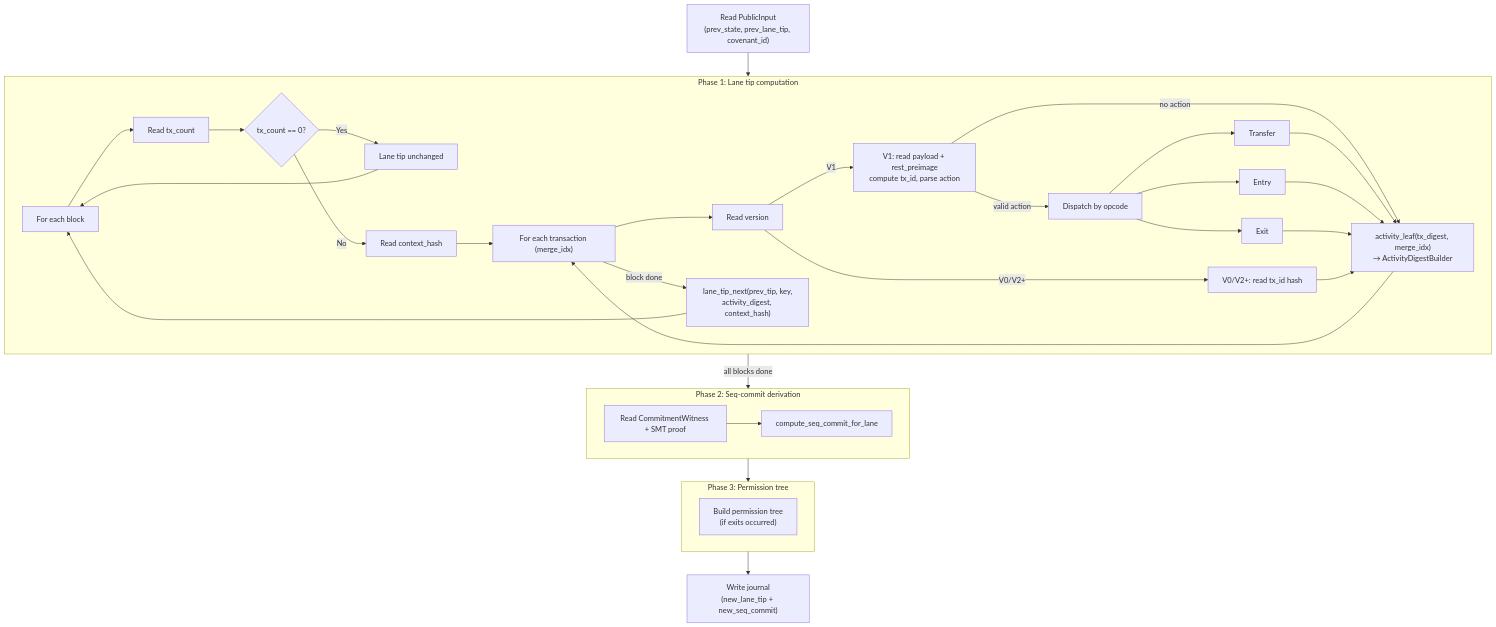
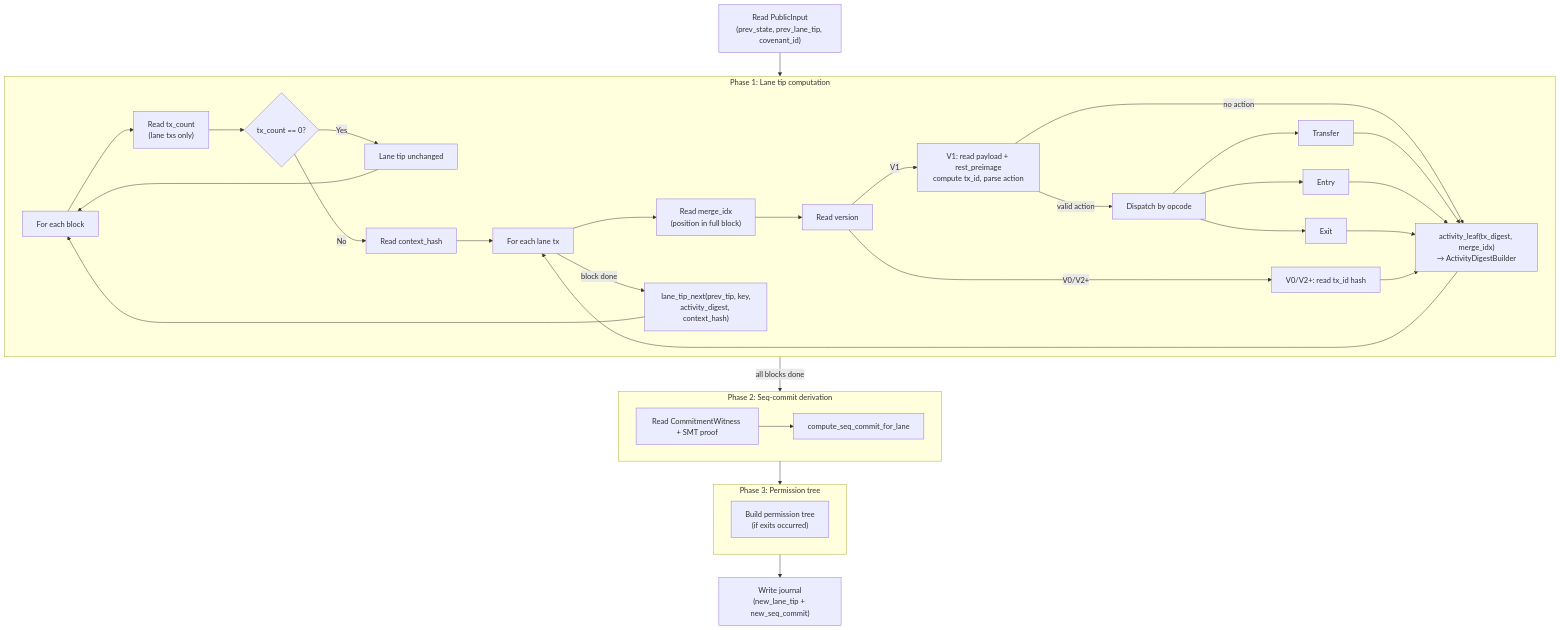
The diagram in examples/zk-covenant-rollup/book/src/ch05-guest-proof-pipeline.md (biryukovmaxim/rusty-kaspa), drawn with Mermaid before and after one commit. The commit also changed other lines of this file and 7 other files, not shown here.

First line of the commit message:
examples: lane-aware merge_idx in rollup proof

````diff
--- a/examples/zk-covenant-rollup/book/src/ch05-guest-proof-pipeline.md
+++ b/examples/zk-covenant-rollup/book/src/ch05-guest-proof-pipeline.md
@@ -13,55 +13,56 @@
 ```mermaid
 flowchart TD
     INPUT["Read PublicInput<br/>(prev_state, prev_lane_tip, covenant_id)"]
 
     subgraph P1["Phase 1: Lane tip computation"]
         BLOCKS["For each block"]
-        TXCOUNT["Read tx_count"]
+        TXCOUNT["Read tx_count<br/>(lane txs only)"]
         EMPTY{"tx_count == 0?"}
         SKIP["Lane tip unchanged"]
         CTX["Read context_hash"]
-        TXS["For each transaction (merge_idx)"]
+        TXS["For each lane tx"]
+        MIDX["Read merge_idx<br/>(position in full block)"]
         CLASSIFY["Read version"]
         V0["V0/V2+: read tx_id hash"]
         V1["V1: read payload + rest_preimage<br/>compute tx_id, parse action"]
         DISPATCH["Dispatch by opcode"]
         TRANSFER["Transfer"]
         ENTRY["Entry"]
         EXIT["Exit"]
         DIGEST["activity_leaf(tx_digest, merge_idx)<br/>→ ActivityDigestBuilder"]
         TIP["lane_tip_next(prev_tip, key,<br/>activity_digest, context_hash)"]
 
         BLOCKS --> TXCOUNT --> EMPTY
         EMPTY -->|Yes| SKIP --> BLOCKS
         EMPTY -->|No| CTX --> TXS
-        TXS --> CLASSIFY
+        TXS --> MIDX --> CLASSIFY
         CLASSIFY -->|V0/V2+| V0
         CLASSIFY -->|V1| V1
         V1 -->|valid action| DISPATCH
         V1 -->|no action| DIGEST
         DISPATCH --> TRANSFER --> DIGEST
         DISPATCH --> ENTRY --> DIGEST
         DISPATCH --> EXIT --> DIGEST
         V0 --> DIGEST
         DIGEST --> TXS
         TXS -->|block done| TIP
         TIP --> BLOCKS
     end
 
     subgraph P2["Phase 2: Seq-commit derivation"]
         WITNESS["Read CommitmentWitness + SMT proof"]
         SEQCOMMIT["compute_seq_commit_for_lane"]
         WITNESS --> SEQCOMMIT
     end
 
     subgraph P3["Phase 3: Permission tree"]
         PERM["Build permission tree<br/>(if exits occurred)"]
     end
 
     JOURNAL["Write journal<br/>(new_lane_tip + new_seq_commit)"]
 
     INPUT --> P1
     P1 -->|all blocks done| P2
     P2 --> P3
     P3 --> JOURNAL
 ```
````
